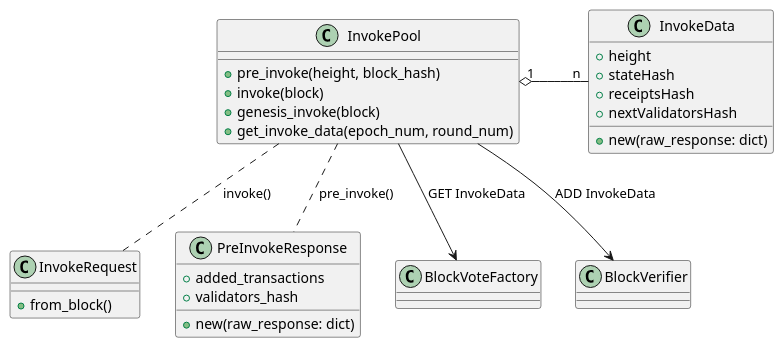
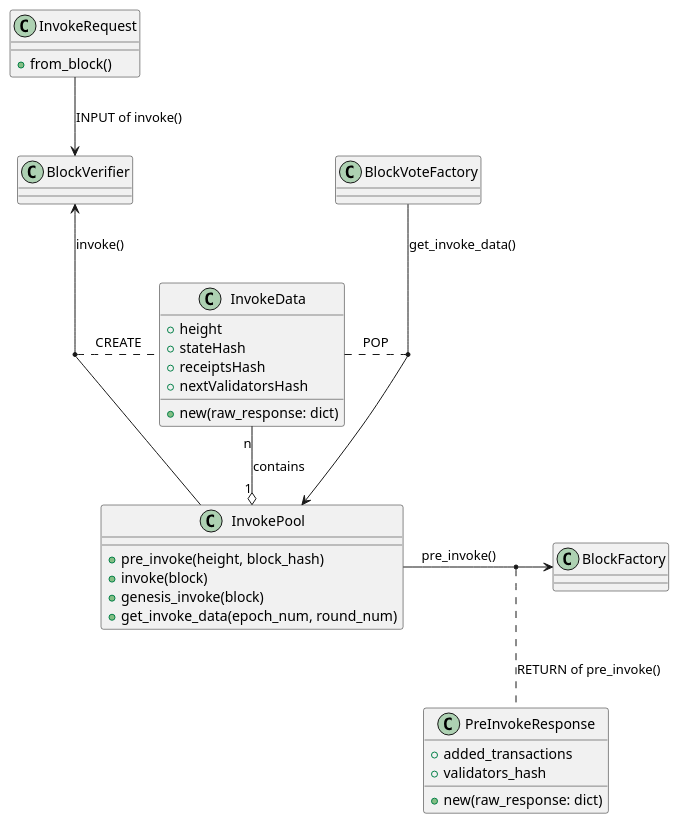
One commit to metalg0su/studies changed the diagram in diagrams/invoke_data.puml. Above: the diagram before and after it, drawn with PlantUML.

```diff
--- a/diagrams/invoke_data.puml
+++ b/diagrams/invoke_data.puml
@@ -1,36 +1,40 @@
 @startuml
 class "InvokeRequest" as req {
     + from_block()
 }
 class "PreInvokeResponse" as pre_res {
     + added_transactions
     + validators_hash
     + new(raw_response: dict)
 }
 class "InvokeData" as invoke_data {
     + height
     + stateHash
     + receiptsHash
     + nextValidatorsHash
     + new(raw_response: dict)
 }
 class "InvokePool" as invoke_pool {
     + pre_invoke(height, block_hash)
     + invoke(block)
     + genesis_invoke(block)
     + get_invoke_data(epoch_num, round_num)
 }
 
 class "BlockVoteFactory" as vote_fac
 class "BlockVerifier" as verifier
+class "BlockFactory" as block_fac
 
 ' Relations
+invoke_pool -> block_fac: pre_invoke()
+(block_fac, invoke_pool) . pre_res: RETURN of pre_invoke()
+req --> verifier: INPUT of invoke()
 
-vote_fac <-up- invoke_pool: GET InvokeData
-verifier <-up- invoke_pool: ADD InvokeData
+verifier <-- invoke_pool: invoke()
 
-invoke_pool "1" o- "n" invoke_data: "          "
-invoke_pool .. req: invoke()
-invoke_pool .. pre_res: pre_invoke()
+invoke_pool "1" o-up- "n" invoke_data: "contains"
 
+vote_fac <-up- invoke_pool: get_invoke_data()
+(verifier, invoke_pool) . invoke_data: CREATE
+invoke_data . (vote_fac, invoke_pool): POP
 @enduml
```
